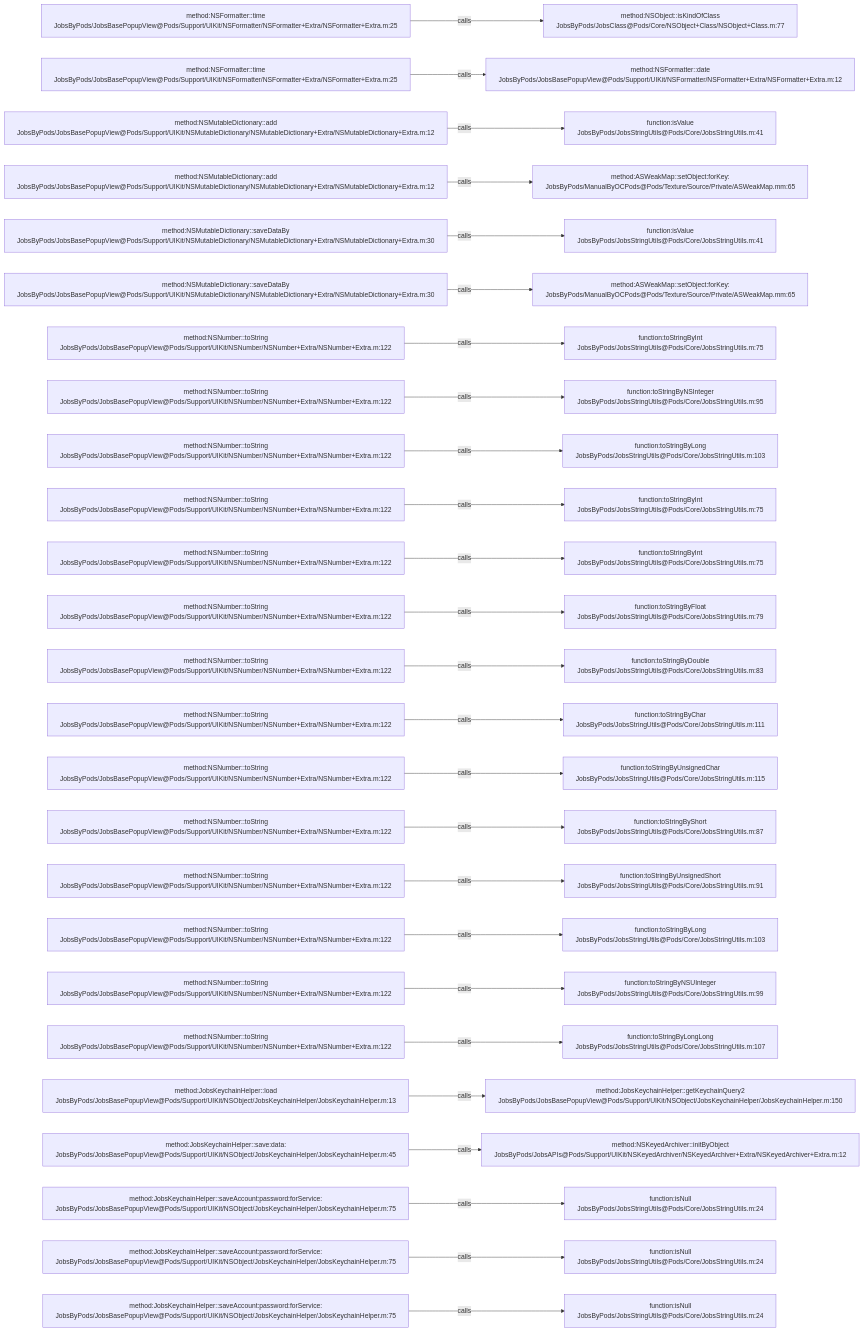
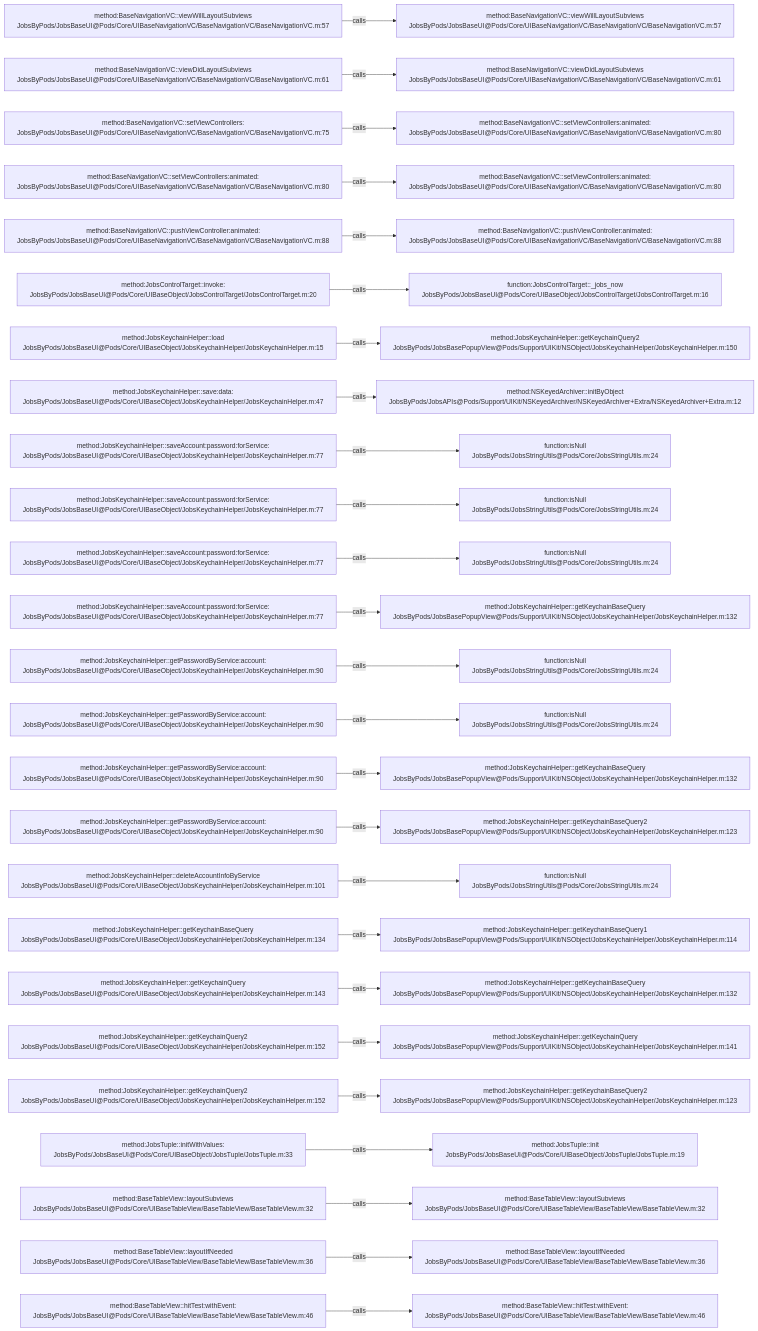
One commit to JobsKits/JobsOCBaseConfigDemo changed the diagram in .codegraph/codegraph.md/graphs/calls-017.md. Above: the diagram before and after it, drawn with Mermaid. The commit also changed 573 other files, not shown here.

````diff
--- a/.codegraph/codegraph.md/graphs/calls-017.md
+++ b/.codegraph/codegraph.md/graphs/calls-017.md
@@ -13,78 +13,78 @@
 ```mermaid
 flowchart LR
-  S1["method:NSFormatter::time<br/>JobsByPods/JobsBasePopupView@Pods/Support/UIKit/NSFormatter/NSFormatter+Extra/NSFormatter+Extra.m:25"]
-  T1["method:NSObject::isKindOfClass<br/>JobsByPods/JobsClass@Pods/Core/NSObject+Class/NSObject+Class.m:77"]
+  S1["method:BaseNavigationVC::viewWillLayoutSubviews<br/>JobsByPods/JobsBaseUI@Pods/Core/UIBaseNavigationVC/BaseNavigationVC/BaseNavigationVC.m:57"]
+  T1["method:BaseNavigationVC::viewWillLayoutSubviews<br/>JobsByPods/JobsBaseUI@Pods/Core/UIBaseNavigationVC/BaseNavigationVC/BaseNavigationVC.m:57"]
   S1 -->|calls| T1
-  S2["method:NSFormatter::time<br/>JobsByPods/JobsBasePopupView@Pods/Support/UIKit/NSFormatter/NSFormatter+Extra/NSFormatter+Extra.m:25"]
-  T2["method:NSFormatter::date<br/>JobsByPods/JobsBasePopupView@Pods/Support/UIKit/NSFormatter/NSFormatter+Extra/NSFormatter+Extra.m:12"]
+  S2["method:BaseNavigationVC::viewDidLayoutSubviews<br/>JobsByPods/JobsBaseUI@Pods/Core/UIBaseNavigationVC/BaseNavigationVC/BaseNavigationVC.m:61"]
+  T2["method:BaseNavigationVC::viewDidLayoutSubviews<br/>JobsByPods/JobsBaseUI@Pods/Core/UIBaseNavigationVC/BaseNavigationVC/BaseNavigationVC.m:61"]
   S2 -->|calls| T2
-  S3["method:NSMutableDictionary::add<br/>JobsByPods/JobsBasePopupView@Pods/Support/UIKit/NSMutableDictionary/NSMutableDictionary+Extra/NSMutableDictionary+Extra.m:12"]
-  T3["function:isValue<br/>JobsByPods/JobsStringUtils@Pods/Core/JobsStringUtils.m:41"]
+  S3["method:BaseNavigationVC::setViewControllers:<br/>JobsByPods/JobsBaseUI@Pods/Core/UIBaseNavigationVC/BaseNavigationVC/BaseNavigationVC.m:75"]
+  T3["method:BaseNavigationVC::setViewControllers:animated:<br/>JobsByPods/JobsBaseUI@Pods/Core/UIBaseNavigationVC/BaseNavigationVC/BaseNavigationVC.m:80"]
   S3 -->|calls| T3
-  S4["method:NSMutableDictionary::add<br/>JobsByPods/JobsBasePopupView@Pods/Support/UIKit/NSMutableDictionary/NSMutableDictionary+Extra/NSMutableDictionary+Extra.m:12"]
-  T4["method:ASWeakMap::setObject:forKey:<br/>JobsByPods/ManualByOCPods@Pods/Texture/Source/Private/ASWeakMap.mm:65"]
+  S4["method:BaseNavigationVC::setViewControllers:animated:<br/>JobsByPods/JobsBaseUI@Pods/Core/UIBaseNavigationVC/BaseNavigationVC/BaseNavigationVC.m:80"]
+  T4["method:BaseNavigationVC::setViewControllers:animated:<br/>JobsByPods/JobsBaseUI@Pods/Core/UIBaseNavigationVC/BaseNavigationVC/BaseNavigationVC.m:80"]
   S4 -->|calls| T4
-  S5["method:NSMutableDictionary::saveDataBy<br/>JobsByPods/JobsBasePopupView@Pods/Support/UIKit/NSMutableDictionary/NSMutableDictionary+Extra/NSMutableDictionary+Extra.m:30"]
-  T5["function:isValue<br/>JobsByPods/JobsStringUtils@Pods/Core/JobsStringUtils.m:41"]
+  S5["method:BaseNavigationVC::pushViewController:animated:<br/>JobsByPods/JobsBaseUI@Pods/Core/UIBaseNavigationVC/BaseNavigationVC/BaseNavigationVC.m:88"]
+  T5["method:BaseNavigationVC::pushViewController:animated:<br/>JobsByPods/JobsBaseUI@Pods/Core/UIBaseNavigationVC/BaseNavigationVC/BaseNavigationVC.m:88"]
   S5 -->|calls| T5
-  S6["method:NSMutableDictionary::saveDataBy<br/>JobsByPods/JobsBasePopupView@Pods/Support/UIKit/NSMutableDictionary/NSMutableDictionary+Extra/NSMutableDictionary+Extra.m:30"]
-  T6["method:ASWeakMap::setObject:forKey:<br/>JobsByPods/ManualByOCPods@Pods/Texture/Source/Private/ASWeakMap.mm:65"]
+  S6["method:JobsControlTarget::invoke:<br/>JobsByPods/JobsBaseUI@Pods/Core/UIBaseObject/JobsControlTarget/JobsControlTarget.m:20"]
+  T6["function:JobsControlTarget::_jobs_now<br/>JobsByPods/JobsBaseUI@Pods/Core/UIBaseObject/JobsControlTarget/JobsControlTarget.m:16"]
   S6 -->|calls| T6
-  S7["method:NSNumber::toString<br/>JobsByPods/JobsBasePopupView@Pods/Support/UIKit/NSNumber/NSNumber+Extra/NSNumber+Extra.m:122"]
-  T7["function:toStringByInt<br/>JobsByPods/JobsStringUtils@Pods/Core/JobsStringUtils.m:75"]
+  S7["method:JobsKeychainHelper::load<br/>JobsByPods/JobsBaseUI@Pods/Core/UIBaseObject/JobsKeychainHelper/JobsKeychainHelper.m:15"]
+  T7["method:JobsKeychainHelper::getKeychainQuery2<br/>JobsByPods/JobsBasePopupView@Pods/Support/UIKit/NSObject/JobsKeychainHelper/JobsKeychainHelper.m:150"]
   S7 -->|calls| T7
-  S8["method:NSNumber::toString<br/>JobsByPods/JobsBasePopupView@Pods/Support/UIKit/NSNumber/NSNumber+Extra/NSNumber+Extra.m:122"]
-  T8["function:toStringByNSInteger<br/>JobsByPods/JobsStringUtils@Pods/Core/JobsStringUtils.m:95"]
+  S8["method:JobsKeychainHelper::save:data:<br/>JobsByPods/JobsBaseUI@Pods/Core/UIBaseObject/JobsKeychainHelper/JobsKeychainHelper.m:47"]
+  T8["method:NSKeyedArchiver::initByObject<br/>JobsByPods/JobsAPIs@Pods/Support/UIKit/NSKeyedArchiver/NSKeyedArchiver+Extra/NSKeyedArchiver+Extra.m:12"]
   S8 -->|calls| T8
-  S9["method:NSNumber::toString<br/>JobsByPods/JobsBasePopupView@Pods/Support/UIKit/NSNumber/NSNumber+Extra/NSNumber+Extra.m:122"]
-  T9["function:toStringByLong<br/>JobsByPods/JobsStringUtils@Pods/Core/JobsStringUtils.m:103"]
+  S9["method:JobsKeychainHelper::saveAccount:password:forService:<br/>JobsByPods/JobsBaseUI@Pods/Core/UIBaseObject/JobsKeychainHelper/JobsKeychainHelper.m:77"]
+  T9["function:isNull<br/>JobsByPods/JobsStringUtils@Pods/Core/JobsStringUtils.m:24"]
   S9 -->|calls| T9
-  S10["method:NSNumber::toString<br/>JobsByPods/JobsBasePopupView@Pods/Support/UIKit/NSNumber/NSNumber+Extra/NSNumber+Extra.m:122"]
-  T10["function:toStringByInt<br/>JobsByPods/JobsStringUtils@Pods/Core/JobsStringUtils.m:75"]
+  S10["method:JobsKeychainHelper::saveAccount:password:forService:<br/>JobsByPods/JobsBaseUI@Pods/Core/UIBaseObject/JobsKeychainHelper/JobsKeychainHelper.m:77"]
+  T10["function:isNull<br/>JobsByPods/JobsStringUtils@Pods/Core/JobsStringUtils.m:24"]
   S10 -->|calls| T10
-  S11["method:NSNumber::toString<br/>JobsByPods/JobsBasePopupView@Pods/Support/UIKit/NSNumber/NSNumber+Extra/NSNumber+Extra.m:122"]
-  T11["function:toStringByInt<br/>JobsByPods/JobsStringUtils@Pods/Core/JobsStringUtils.m:75"]
+  S11["method:JobsKeychainHelper::saveAccount:password:forService:<br/>JobsByPods/JobsBaseUI@Pods/Core/UIBaseObject/JobsKeychainHelper/JobsKeychainHelper.m:77"]
+  T11["function:isNull<br/>JobsByPods/JobsStringUtils@Pods/Core/JobsStringUtils.m:24"]
   S11 -->|calls| T11
-  S12["method:NSNumber::toString<br/>JobsByPods/JobsBasePopupView@Pods/Support/UIKit/NSNumber/NSNumber+Extra/NSNumber+Extra.m:122"]
-  T12["function:toStringByFloat<br/>JobsByPods/JobsStringUtils@Pods/Core/JobsStringUtils.m:79"]
+  S12["method:JobsKeychainHelper::saveAccount:password:forService:<br/>JobsByPods/JobsBaseUI@Pods/Core/UIBaseObject/JobsKeychainHelper/JobsKeychainHelper.m:77"]
+  T12["method:JobsKeychainHelper::getKeychainBaseQuery<br/>JobsByPods/JobsBasePopupView@Pods/Support/UIKit/NSObject/JobsKeychainHelper/JobsKeychainHelper.m:132"]
   S12 -->|calls| T12
-  S13["method:NSNumber::toString<br/>JobsByPods/JobsBasePopupView@Pods/Support/UIKit/NSNumber/NSNumber+Extra/NSNumber+Extra.m:122"]
-  T13["function:toStringByDouble<br/>JobsByPods/JobsStringUtils@Pods/Core/JobsStringUtils.m:83"]
+  S13["method:JobsKeychainHelper::getPasswordByService:account:<br/>JobsByPods/JobsBaseUI@Pods/Core/UIBaseObject/JobsKeychainHelper/JobsKeychainHelper.m:90"]
+  T13["function:isNull<br/>JobsByPods/JobsStringUtils@Pods/Core/JobsStringUtils.m:24"]
   S13 -->|calls| T13
-  S14["method:NSNumber::toString<br/>JobsByPods/JobsBasePopupView@Pods/Support/UIKit/NSNumber/NSNumber+Extra/NSNumber+Extra.m:122"]
-  T14["function:toStringByChar<br/>JobsByPods/JobsStringUtils@Pods/Core/JobsStringUtils.m:111"]
+  S14["method:JobsKeychainHelper::getPasswordByService:account:<br/>JobsByPods/JobsBaseUI@Pods/Core/UIBaseObject/JobsKeychainHelper/JobsKeychainHelper.m:90"]
+  T14["function:isNull<br/>JobsByPods/JobsStringUtils@Pods/Core/JobsStringUtils.m:24"]
   S14 -->|calls| T14
-  S15["method:NSNumber::toString<br/>JobsByPods/JobsBasePopupView@Pods/Support/UIKit/NSNumber/NSNumber+Extra/NSNumber+Extra.m:122"]
-  T15["function:toStringByUnsignedChar<br/>JobsByPods/JobsStringUtils@Pods/Core/JobsStringUtils.m:115"]
+  S15["method:JobsKeychainHelper::getPasswordByService:account:<br/>JobsByPods/JobsBaseUI@Pods/Core/UIBaseObject/JobsKeychainHelper/JobsKeychainHelper.m:90"]
+  T15["method:JobsKeychainHelper::getKeychainBaseQuery<br/>JobsByPods/JobsBasePopupView@Pods/Support/UIKit/NSObject/JobsKeychainHelper/JobsKeychainHelper.m:132"]
   S15 -->|calls| T15
-  S16["method:NSNumber::toString<br/>JobsByPods/JobsBasePopupView@Pods/Support/UIKit/NSNumber/NSNumber+Extra/NSNumber+Extra.m:122"]
-  T16["function:toStringByShort<br/>JobsByPods/JobsStringUtils@Pods/Core/JobsStringUtils.m:87"]
+  S16["method:JobsKeychainHelper::getPasswordByService:account:<br/>JobsByPods/JobsBaseUI@Pods/Core/UIBaseObject/JobsKeychainHelper/JobsKeychainHelper.m:90"]
+  T16["method:JobsKeychainHelper::getKeychainBaseQuery2<br/>JobsByPods/JobsBasePopupView@Pods/Support/UIKit/NSObject/JobsKeychainHelper/JobsKeychainHelper.m:123"]
   S16 -->|calls| T16
-  S17["method:NSNumber::toString<br/>JobsByPods/JobsBasePopupView@Pods/Support/UIKit/NSNumber/NSNumber+Extra/NSNumber+Extra.m:122"]
-  T17["function:toStringByUnsignedShort<br/>JobsByPods/JobsStringUtils@Pods/Core/JobsStringUtils.m:91"]
+  S17["method:JobsKeychainHelper::deleteAccountInfoByService<br/>JobsByPods/JobsBaseUI@Pods/Core/UIBaseObject/JobsKeychainHelper/JobsKeychainHelper.m:101"]
+  T17["function:isNull<br/>JobsByPods/JobsStringUtils@Pods/Core/JobsStringUtils.m:24"]
   S17 -->|calls| T17
-  S18["method:NSNumber::toString<br/>JobsByPods/JobsBasePopupView@Pods/Support/UIKit/NSNumber/NSNumber+Extra/NSNumber+Extra.m:122"]
-  T18["function:toStringByLong<br/>JobsByPods/JobsStringUtils@Pods/Core/JobsStringUtils.m:103"]
+  S18["method:JobsKeychainHelper::getKeychainBaseQuery<br/>JobsByPods/JobsBaseUI@Pods/Core/UIBaseObject/JobsKeychainHelper/JobsKeychainHelper.m:134"]
+  T18["method:JobsKeychainHelper::getKeychainBaseQuery1<br/>JobsByPods/JobsBasePopupView@Pods/Support/UIKit/NSObject/JobsKeychainHelper/JobsKeychainHelper.m:114"]
   S18 -->|calls| T18
-  S19["method:NSNumber::toString<br/>JobsByPods/JobsBasePopupView@Pods/Support/UIKit/NSNumber/NSNumber+Extra/NSNumber+Extra.m:122"]
-  T19["function:toStringByNSUInteger<br/>JobsByPods/JobsStringUtils@Pods/Core/JobsStringUtils.m:99"]
+  S19["method:JobsKeychainHelper::getKeychainQuery<br/>JobsByPods/JobsBaseUI@Pods/Core/UIBaseObject/JobsKeychainHelper/JobsKeychainHelper.m:143"]
+  T19["method:JobsKeychainHelper::getKeychainBaseQuery<br/>JobsByPods/JobsBasePopupView@Pods/Support/UIKit/NSObject/JobsKeychainHelper/JobsKeychainHelper.m:132"]
   S19 -->|calls| T19
-  S20["method:NSNumber::toString<br/>JobsByPods/JobsBasePopupView@Pods/Support/UIKit/NSNumber/NSNumber+Extra/NSNumber+Extra.m:122"]
-  T20["function:toStringByLongLong<br/>JobsByPods/JobsStringUtils@Pods/Core/JobsStringUtils.m:107"]
+  S20["method:JobsKeychainHelper::getKeychainQuery2<br/>JobsByPods/JobsBaseUI@Pods/Core/UIBaseObject/JobsKeychainHelper/JobsKeychainHelper.m:152"]
+  T20["method:JobsKeychainHelper::getKeychainQuery<br/>JobsByPods/JobsBasePopupView@Pods/Support/UIKit/NSObject/JobsKeychainHelper/JobsKeychainHelper.m:141"]
   S20 -->|calls| T20
-  S21["method:JobsKeychainHelper::load<br/>JobsByPods/JobsBasePopupView@Pods/Support/UIKit/NSObject/JobsKeychainHelper/JobsKeychainHelper.m:13"]
-  T21["method:JobsKeychainHelper::getKeychainQuery2<br/>JobsByPods/JobsBasePopupView@Pods/Support/UIKit/NSObject/JobsKeychainHelper/JobsKeychainHelper.m:150"]
+  S21["method:JobsKeychainHelper::getKeychainQuery2<br/>JobsByPods/JobsBaseUI@Pods/Core/UIBaseObject/JobsKeychainHelper/JobsKeychainHelper.m:152"]
+  T21["method:JobsKeychainHelper::getKeychainBaseQuery2<br/>JobsByPods/JobsBasePopupView@Pods/Support/UIKit/NSObject/JobsKeychainHelper/JobsKeychainHelper.m:123"]
   S21 -->|calls| T21
-  S22["method:JobsKeychainHelper::save:data:<br/>JobsByPods/JobsBasePopupView@Pods/Support/UIKit/NSObject/JobsKeychainHelper/JobsKeychainHelper.m:45"]
-  T22["method:NSKeyedArchiver::initByObject<br/>JobsByPods/JobsAPIs@Pods/Support/UIKit/NSKeyedArchiver/NSKeyedArchiver+Extra/NSKeyedArchiver+Extra.m:12"]
+  S22["method:JobsTuple::initWithValues:<br/>JobsByPods/JobsBaseUI@Pods/Core/UIBaseObject/JobsTuple/JobsTuple.m:33"]
+  T22["method:JobsTuple::init<br/>JobsByPods/JobsBaseUI@Pods/Core/UIBaseObject/JobsTuple/JobsTuple.m:19"]
   S22 -->|calls| T22
-  S23["method:JobsKeychainHelper::saveAccount:password:forService:<br/>JobsByPods/JobsBasePopupView@Pods/Support/UIKit/NSObject/JobsKeychainHelper/JobsKeychainHelper.m:75"]
-  T23["function:isNull<br/>JobsByPods/JobsStringUtils@Pods/Core/JobsStringUtils.m:24"]
+  S23["method:BaseTableView::layoutSubviews<br/>JobsByPods/JobsBaseUI@Pods/Core/UIBaseTableView/BaseTableView/BaseTableView.m:32"]
+  T23["method:BaseTableView::layoutSubviews<br/>JobsByPods/JobsBaseUI@Pods/Core/UIBaseTableView/BaseTableView/BaseTableView.m:32"]
   S23 -->|calls| T23
-  S24["method:JobsKeychainHelper::saveAccount:password:forService:<br/>JobsByPods/JobsBasePopupView@Pods/Support/UIKit/NSObject/JobsKeychainHelper/JobsKeychainHelper.m:75"]
-  T24["function:isNull<br/>JobsByPods/JobsStringUtils@Pods/Core/JobsStringUtils.m:24"]
+  S24["method:BaseTableView::layoutIfNeeded<br/>JobsByPods/JobsBaseUI@Pods/Core/UIBaseTableView/BaseTableView/BaseTableView.m:36"]
+  T24["method:BaseTableView::layoutIfNeeded<br/>JobsByPods/JobsBaseUI@Pods/Core/UIBaseTableView/BaseTableView/BaseTableView.m:36"]
   S24 -->|calls| T24
-  S25["method:JobsKeychainHelper::saveAccount:password:forService:<br/>JobsByPods/JobsBasePopupView@Pods/Support/UIKit/NSObject/JobsKeychainHelper/JobsKeychainHelper.m:75"]
-  T25["function:isNull<br/>JobsByPods/JobsStringUtils@Pods/Core/JobsStringUtils.m:24"]
+  S25["method:BaseTableView::hitTest:withEvent:<br/>JobsByPods/JobsBaseUI@Pods/Core/UIBaseTableView/BaseTableView/BaseTableView.m:46"]
+  T25["method:BaseTableView::hitTest:withEvent:<br/>JobsByPods/JobsBaseUI@Pods/Core/UIBaseTableView/BaseTableView/BaseTableView.m:46"]
   S25 -->|calls| T25
 ```
````
